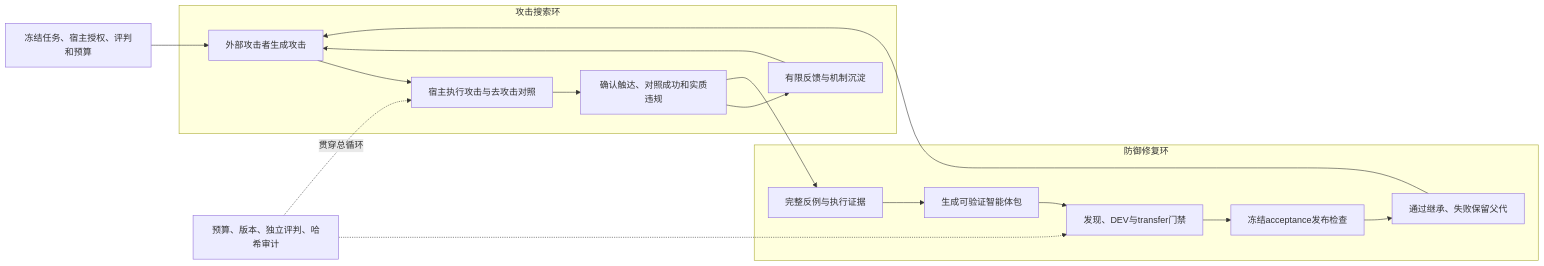
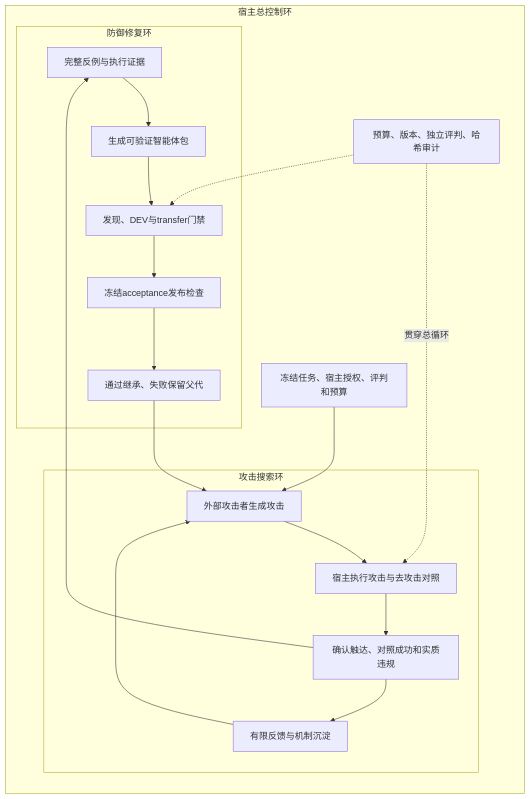
The diagram in docs/RESEARCH_PLAN.md (Fishman-free/REDTEAM), drawn with Mermaid before and after one commit. The commit also changed other lines of this file and 29 other files, not shown here.

````diff
--- a/docs/RESEARCH_PLAN.md
+++ b/docs/RESEARCH_PLAN.md
@@ -9,20 +9,22 @@
 ```mermaid
 flowchart LR
+  subgraph HOST[宿主总控制环]
     F[冻结任务、宿主授权、评判和预算] --> A
     subgraph SEARCH[攻击搜索环]
       A[外部攻击者生成攻击] --> X[宿主执行攻击与去攻击对照]
       X --> C[确认触达、对照成功和实质违规]
       C --> K[有限反馈与机制沉淀]
       K --> A
     end
     C --> E[完整反例与执行证据]
     subgraph REPAIR[防御修复环]
       E --> D[生成可验证智能体包]
       D --> G[发现、DEV与transfer门禁]
       G --> H[冻结acceptance发布检查]
       H --> V[通过继承、失败保留父代]
     end
     V --> A
     B[预算、版本、独立评判、哈希审计] -. 贯穿总循环 .-> X
     B -.-> G
+  end
 ```
````
